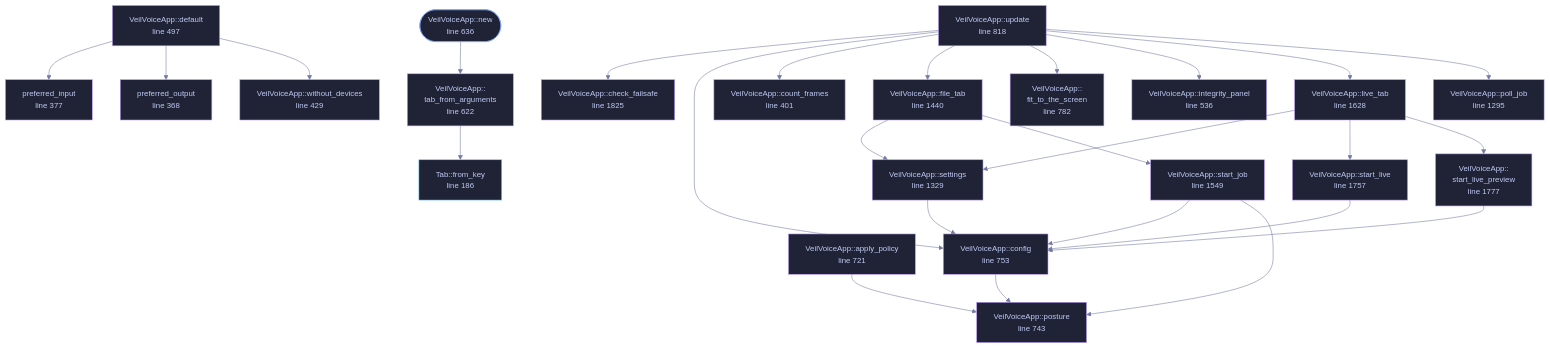
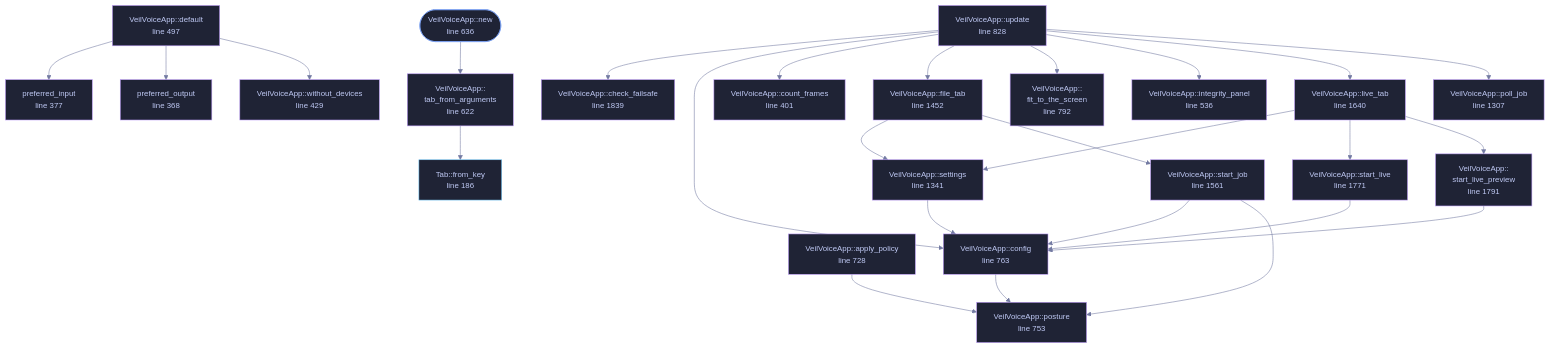
Before and after one commit to tilas01/veilvoice: the diagram in wiki/File-veilvoice-gui-app.md, drawn with Mermaid. The commit also changed other lines of this file and 98 other files, not shown here.

````diff
--- a/wiki/File-veilvoice-gui-app.md
+++ b/wiki/File-veilvoice-gui-app.md
@@ -165,79 +165,79 @@
 ```mermaid
 %%{init: {"theme":"base","themeVariables":{"background":"#1a1b26","primaryColor":"#1f2335","primaryTextColor":"#c0caf5","primaryBorderColor":"#7aa2f7","secondaryColor":"#16161e","tertiaryColor":"#16161e","lineColor":"#737aa2","textColor":"#c0caf5","mainBkg":"#1f2335","nodeBorder":"#7aa2f7","clusterBkg":"#16161e","clusterBorder":"#2f3549","fontFamily":"ui-monospace, SFMono-Regular, Consolas, monospace","fontSize":"14px"}}}%%
 flowchart TD
     n_from_key["Tab::from_key<br/>line 186"]
     n_preferred_output["preferred_output<br/>line 368"]
     n_preferred_input["preferred_input<br/>line 377"]
     n_count_frames["VeilVoiceApp::count_frames<br/>line 401"]
     n_without_devices["VeilVoiceApp::without_devices<br/>line 429"]
     n_default["VeilVoiceApp::default<br/>line 497"]
     n_integrity_panel["VeilVoiceApp::integrity_panel<br/>line 536"]
     n_tab_from_arguments["VeilVoiceApp::<br/>tab_from_arguments<br/>line 622"]
     n_new(["VeilVoiceApp::new<br/>line 636"])
-    n_apply_policy["VeilVoiceApp::apply_policy<br/>line 721"]
-    n_posture["VeilVoiceApp::posture<br/>line 743"]
-    n_config["VeilVoiceApp::config<br/>line 753"]
-    n_fit_to_the_screen["VeilVoiceApp::<br/>fit_to_the_screen<br/>line 782"]
-    n_update["VeilVoiceApp::update<br/>line 818"]
-    n_poll_job["VeilVoiceApp::poll_job<br/>line 1295"]
-    n_settings["VeilVoiceApp::settings<br/>line 1329"]
-    n_file_tab["VeilVoiceApp::file_tab<br/>line 1440"]
-    n_start_job["VeilVoiceApp::start_job<br/>line 1549"]
-    n_live_tab["VeilVoiceApp::live_tab<br/>line 1628"]
-    n_start_live["VeilVoiceApp::start_live<br/>line 1757"]
-    n_start_live_preview["VeilVoiceApp::<br/>start_live_preview<br/>line 1777"]
-    n_check_failsafe["VeilVoiceApp::check_failsafe<br/>line 1825"]
+    n_apply_policy["VeilVoiceApp::apply_policy<br/>line 728"]
+    n_posture["VeilVoiceApp::posture<br/>line 753"]
+    n_config["VeilVoiceApp::config<br/>line 763"]
+    n_fit_to_the_screen["VeilVoiceApp::<br/>fit_to_the_screen<br/>line 792"]
+    n_update["VeilVoiceApp::update<br/>line 828"]
+    n_poll_job["VeilVoiceApp::poll_job<br/>line 1307"]
+    n_settings["VeilVoiceApp::settings<br/>line 1341"]
+    n_file_tab["VeilVoiceApp::file_tab<br/>line 1452"]
+    n_start_job["VeilVoiceApp::start_job<br/>line 1561"]
+    n_live_tab["VeilVoiceApp::live_tab<br/>line 1640"]
+    n_start_live["VeilVoiceApp::start_live<br/>line 1771"]
+    n_start_live_preview["VeilVoiceApp::<br/>start_live_preview<br/>line 1791"]
+    n_check_failsafe["VeilVoiceApp::check_failsafe<br/>line 1839"]
     n_apply_policy --> n_posture
     n_config --> n_posture
     n_default --> n_preferred_input
     n_default --> n_preferred_output
     n_default --> n_without_devices
     n_file_tab --> n_settings
     n_file_tab --> n_start_job
     n_live_tab --> n_settings
     n_live_tab --> n_start_live
     n_live_tab --> n_start_live_preview
     n_new --> n_tab_from_arguments
     n_settings --> n_config
     n_start_job --> n_config
     n_start_job --> n_posture
     n_start_live --> n_config
     n_start_live_preview --> n_config
     n_tab_from_arguments --> n_from_key
     n_update --> n_check_failsafe
     n_update --> n_config
     n_update --> n_count_frames
     n_update --> n_file_tab
     n_update --> n_fit_to_the_screen
     n_update --> n_integrity_panel
     n_update --> n_live_tab
     n_update --> n_poll_job
     click n_from_key href "https://github.com/tilas01/veilvoice/blob/main/crates/veilvoice-gui/src/app.rs#L186" "open the source"
     click n_preferred_output href "https://github.com/tilas01/veilvoice/blob/main/crates/veilvoice-gui/src/app.rs#L368" "open the source"
     click n_preferred_input href "https://github.com/tilas01/veilvoice/blob/main/crates/veilvoice-gui/src/app.rs#L377" "open the source"
     click n_count_frames href "https://github.com/tilas01/veilvoice/blob/main/crates/veilvoice-gui/src/app.rs#L401" "open the source"
     click n_without_devices href "https://github.com/tilas01/veilvoice/blob/main/crates/veilvoice-gui/src/app.rs#L429" "open the source"
     click n_default href "https://github.com/tilas01/veilvoice/blob/main/crates/veilvoice-gui/src/app.rs#L497" "open the source"
     click n_integrity_panel href "https://github.com/tilas01/veilvoice/blob/main/crates/veilvoice-gui/src/app.rs#L536" "open the source"
     click n_tab_from_arguments href "https://github.com/tilas01/veilvoice/blob/main/crates/veilvoice-gui/src/app.rs#L622" "open the source"
     click n_new href "https://github.com/tilas01/veilvoice/blob/main/crates/veilvoice-gui/src/app.rs#L636" "open the source"
-    click n_apply_policy href "https://github.com/tilas01/veilvoice/blob/main/crates/veilvoice-gui/src/app.rs#L721" "open the source"
-    click n_posture href "https://github.com/tilas01/veilvoice/blob/main/crates/veilvoice-gui/src/app.rs#L743" "open the source"
-    click n_config href "https://github.com/tilas01/veilvoice/blob/main/crates/veilvoice-gui/src/app.rs#L753" "open the source"
-    click n_fit_to_the_screen href "https://github.com/tilas01/veilvoice/blob/main/crates/veilvoice-gui/src/app.rs#L782" "open the source"
-    click n_update href "https://github.com/tilas01/veilvoice/blob/main/crates/veilvoice-gui/src/app.rs#L818" "open the source"
-    click n_poll_job href "https://github.com/tilas01/veilvoice/blob/main/crates/veilvoice-gui/src/app.rs#L1295" "open the source"
-    click n_settings href "https://github.com/tilas01/veilvoice/blob/main/crates/veilvoice-gui/src/app.rs#L1329" "open the source"
-    click n_file_tab href "https://github.com/tilas01/veilvoice/blob/main/crates/veilvoice-gui/src/app.rs#L1440" "open the source"
-    click n_start_job href "https://github.com/tilas01/veilvoice/blob/main/crates/veilvoice-gui/src/app.rs#L1549" "open the source"
-    click n_live_tab href "https://github.com/tilas01/veilvoice/blob/main/crates/veilvoice-gui/src/app.rs#L1628" "open the source"
-    click n_start_live href "https://github.com/tilas01/veilvoice/blob/main/crates/veilvoice-gui/src/app.rs#L1757" "open the source"
-    click n_start_live_preview href "https://github.com/tilas01/veilvoice/blob/main/crates/veilvoice-gui/src/app.rs#L1777" "open the source"
-    click n_check_failsafe href "https://github.com/tilas01/veilvoice/blob/main/crates/veilvoice-gui/src/app.rs#L1825" "open the source"
+    click n_apply_policy href "https://github.com/tilas01/veilvoice/blob/main/crates/veilvoice-gui/src/app.rs#L728" "open the source"
+    click n_posture href "https://github.com/tilas01/veilvoice/blob/main/crates/veilvoice-gui/src/app.rs#L753" "open the source"
+    click n_config href "https://github.com/tilas01/veilvoice/blob/main/crates/veilvoice-gui/src/app.rs#L763" "open the source"
+    click n_fit_to_the_screen href "https://github.com/tilas01/veilvoice/blob/main/crates/veilvoice-gui/src/app.rs#L792" "open the source"
+    click n_update href "https://github.com/tilas01/veilvoice/blob/main/crates/veilvoice-gui/src/app.rs#L828" "open the source"
+    click n_poll_job href "https://github.com/tilas01/veilvoice/blob/main/crates/veilvoice-gui/src/app.rs#L1307" "open the source"
+    click n_settings href "https://github.com/tilas01/veilvoice/blob/main/crates/veilvoice-gui/src/app.rs#L1341" "open the source"
+    click n_file_tab href "https://github.com/tilas01/veilvoice/blob/main/crates/veilvoice-gui/src/app.rs#L1452" "open the source"
+    click n_start_job href "https://github.com/tilas01/veilvoice/blob/main/crates/veilvoice-gui/src/app.rs#L1561" "open the source"
+    click n_live_tab href "https://github.com/tilas01/veilvoice/blob/main/crates/veilvoice-gui/src/app.rs#L1640" "open the source"
+    click n_start_live href "https://github.com/tilas01/veilvoice/blob/main/crates/veilvoice-gui/src/app.rs#L1771" "open the source"
+    click n_start_live_preview href "https://github.com/tilas01/veilvoice/blob/main/crates/veilvoice-gui/src/app.rs#L1791" "open the source"
+    click n_check_failsafe href "https://github.com/tilas01/veilvoice/blob/main/crates/veilvoice-gui/src/app.rs#L1839" "open the source"
     classDef entry fill:#1f2335,stroke:#7aa2f7,color:#c0caf5
     class n_new entry
     classDef api fill:#1f2335,stroke:#7dcfff,color:#c0caf5
     class n_from_key api
     classDef helper fill:#1f2335,stroke:#bb9af7,color:#c0caf5
     class n_preferred_output,n_preferred_input,n_count_frames,n_without_devices,n_default,n_integrity_panel,n_tab_from_arguments,n_apply_policy,n_posture,n_config,n_fit_to_the_screen,n_update,n_poll_job,n_settings,n_file_tab,n_start_job,n_live_tab,n_start_live,n_start_live_preview,n_check_failsafe helper
 ```
````
